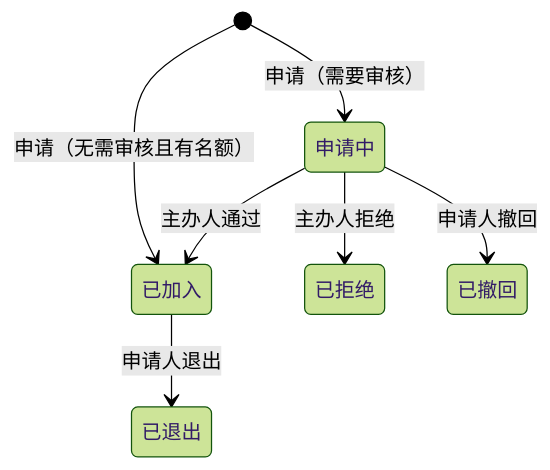
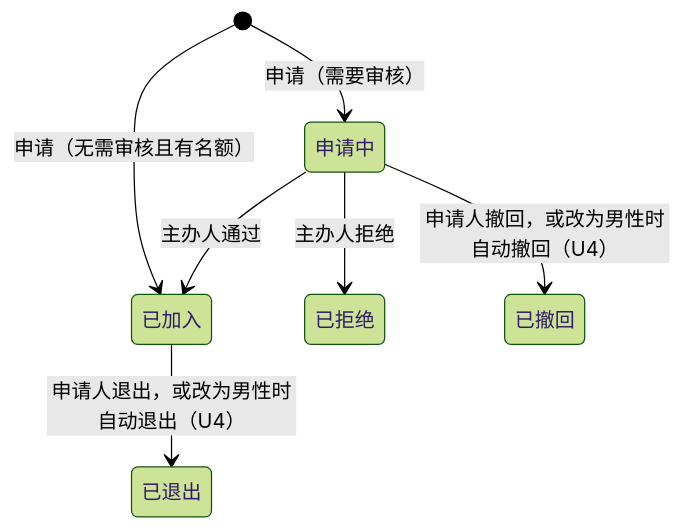
Before and after one commit to Ciri101/FESTIVA: the eighth of 8 diagrams in truth/FESTIVA-工程架构文档.md, drawn with Mermaid (forest theme). The commit also changed other lines of this file and 11 other files, not shown here.

````diff
--- a/truth/FESTIVA-工程架构文档.md
+++ b/truth/FESTIVA-工程架构文档.md
@@ -331,14 +331,14 @@
 ```mermaid
 stateDiagram-v2
   state "申请中" as pending
   state "已加入" as joined
   state "已拒绝" as rejected
   state "已撤回" as withdrawn
   state "已退出" as left
   [*] --> pending : 申请（需要审核）
   [*] --> joined : 申请（无需审核且有名额）
   pending --> joined : 主办人通过
   pending --> rejected : 主办人拒绝
-  pending --> withdrawn : 申请人撤回
-  joined --> left : 申请人退出
+  pending --> withdrawn : 申请人撤回，或改为男性时自动撤回（U4）
+  joined --> left : 申请人退出，或改为男性时自动退出（U4）
 ```
````
